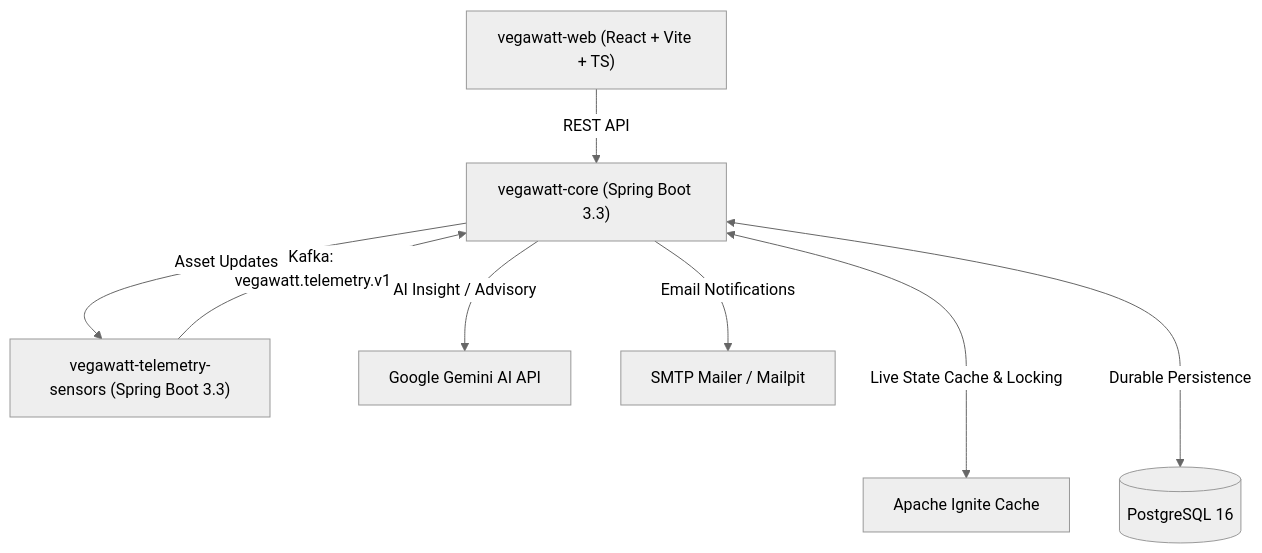
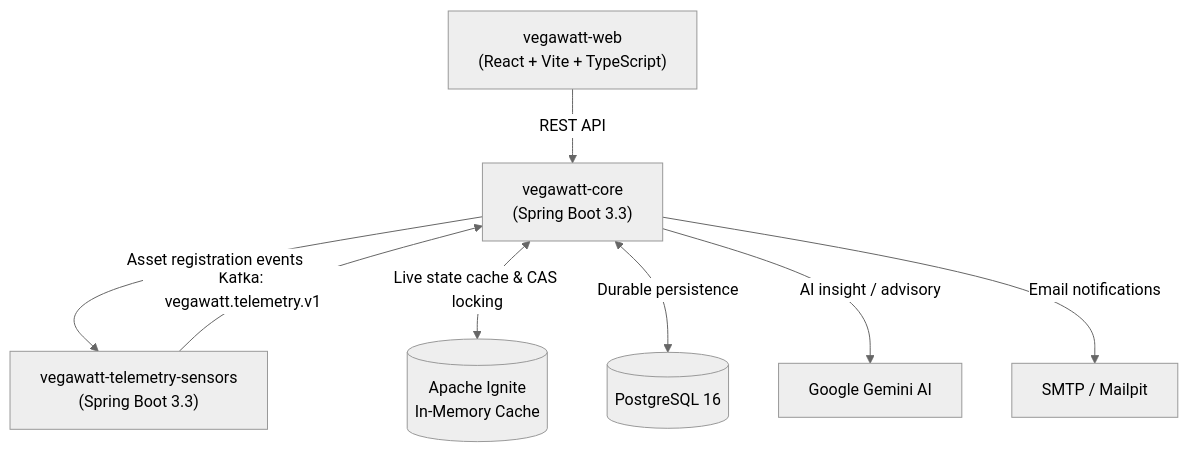
One commit to aytugotmar/VegaWatt changed the diagram in README.md. Above: the diagram before and after it, drawn with Mermaid (neutral theme). The commit also changed other lines of this file and 9 other files, not shown here.

Commit message:
docs: rewrite README with screenshots and detailed feature/architecture sections

````diff
--- a/README.md
+++ b/README.md
@@ -11,10 +52,10 @@
 ```mermaid
 graph TD
-    UI["vegawatt-web (React + Vite + TS)"] -->|REST API| CORE["vegawatt-core (Spring Boot 3.3)"]
-    SENSORS["vegawatt-telemetry-sensors (Spring Boot 3.3)"] -->|Kafka: vegawatt.telemetry.v1| CORE
-    CORE -->|Asset Updates| SENSORS
-    CORE <--->|Live State Cache & Locking| IGNITE[Apache Ignite Cache]
-    CORE <--->|Durable Persistence| PG[(PostgreSQL 16)]
-    CORE -->|AI Insight / Advisory| GEMINI[Google Gemini AI API]
-    CORE -->|Email Notifications| SMTP[SMTP Mailer / Mailpit]
+    UI["vegawatt-web<br/>(React + Vite + TypeScript)"] -->|REST API| CORE["vegawatt-core<br/>(Spring Boot 3.3)"]
+    SENSORS["vegawatt-telemetry-sensors<br/>(Spring Boot 3.3)"] -->|"Kafka: vegawatt.telemetry.v1"| CORE
+    CORE -->|Asset registration events| SENSORS
+    CORE <-->|Live state cache & CAS locking| IGNITE[("Apache Ignite<br/>In-Memory Cache")]
+    CORE <-->|Durable persistence| PG[("PostgreSQL 16")]
+    CORE -->|AI insight / advisory| GEMINI["Google Gemini AI"]
+    CORE -->|Email notifications| SMTP["SMTP / Mailpit"]
 ```
````
